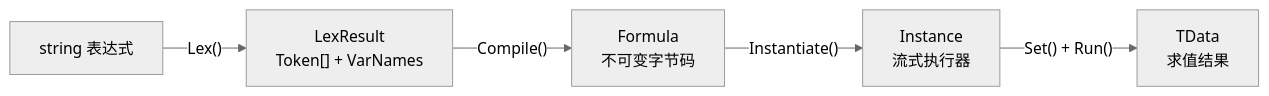
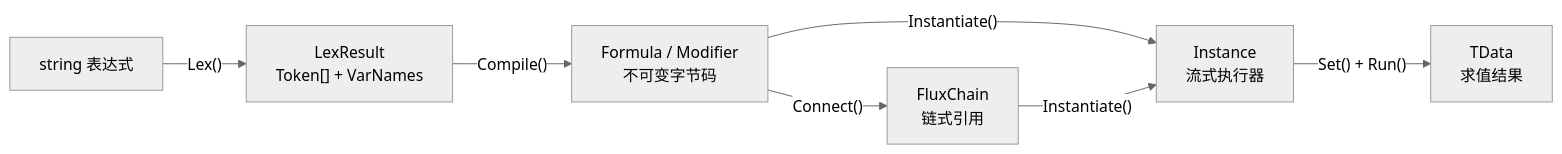
The first of 2 diagrams in docs/guide/core-concepts.md (twds0x13/FluxFormula), drawn with Mermaid (neutral theme) before and after one commit. The commit also changed other lines of this file and 5 other files, not shown here.

First line of the commit message:
docs(guide): add FluxChain, three-mode evaluator, and BlobRegistry to core guides

````diff
--- a/docs/guide/core-concepts.md
+++ b/docs/guide/core-concepts.md
@@ -9,7 +9,9 @@
 ```mermaid
 graph LR
     A["string 表达式"] -->|"Lex()"| B["LexResult<br/>Token[] + VarNames"]
-    B -->|"Compile()"| C["Formula<br/>不可变字节码"]
+    B -->|"Compile()"| C["Formula / Modifier<br/>不可变字节码"]
+    C -->|"Connect()"| C1["FluxChain<br/>链式引用"]
     C -->|"Instantiate()"| D["Instance<br/>流式执行器"]
+    C1 -->|"Instantiate()"| D
     D -->|"Set() + Run()"| E["TData<br/>求值结果"]
 ```
````
